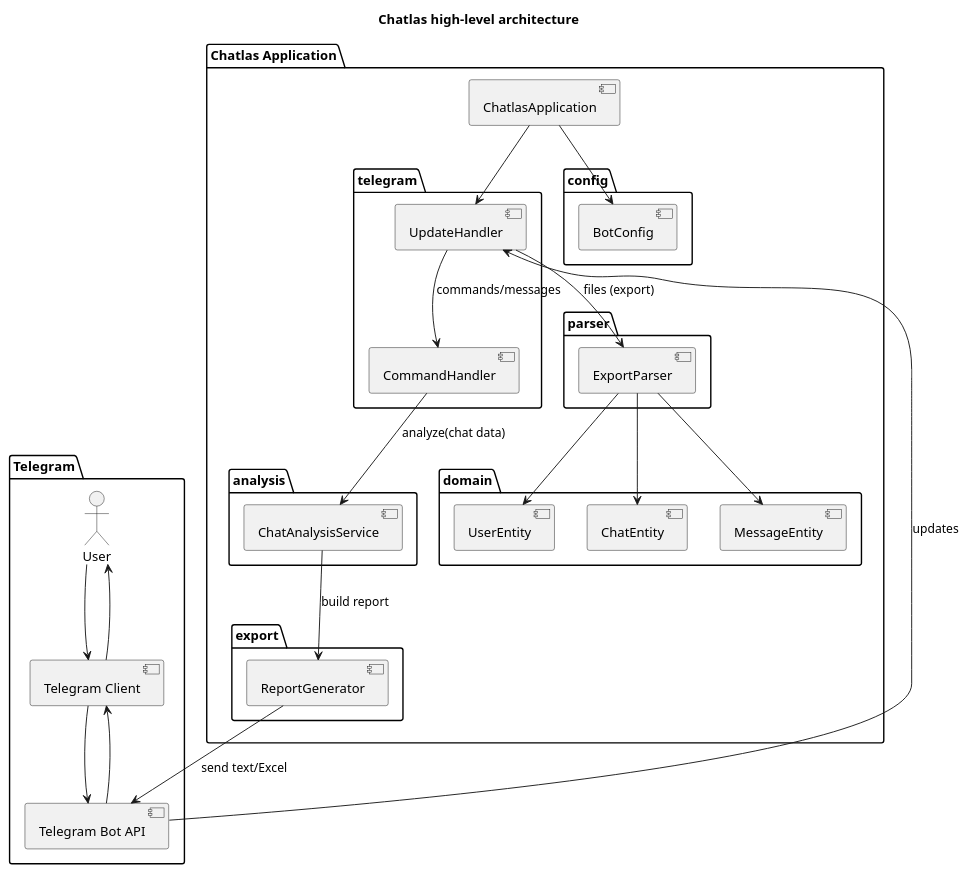
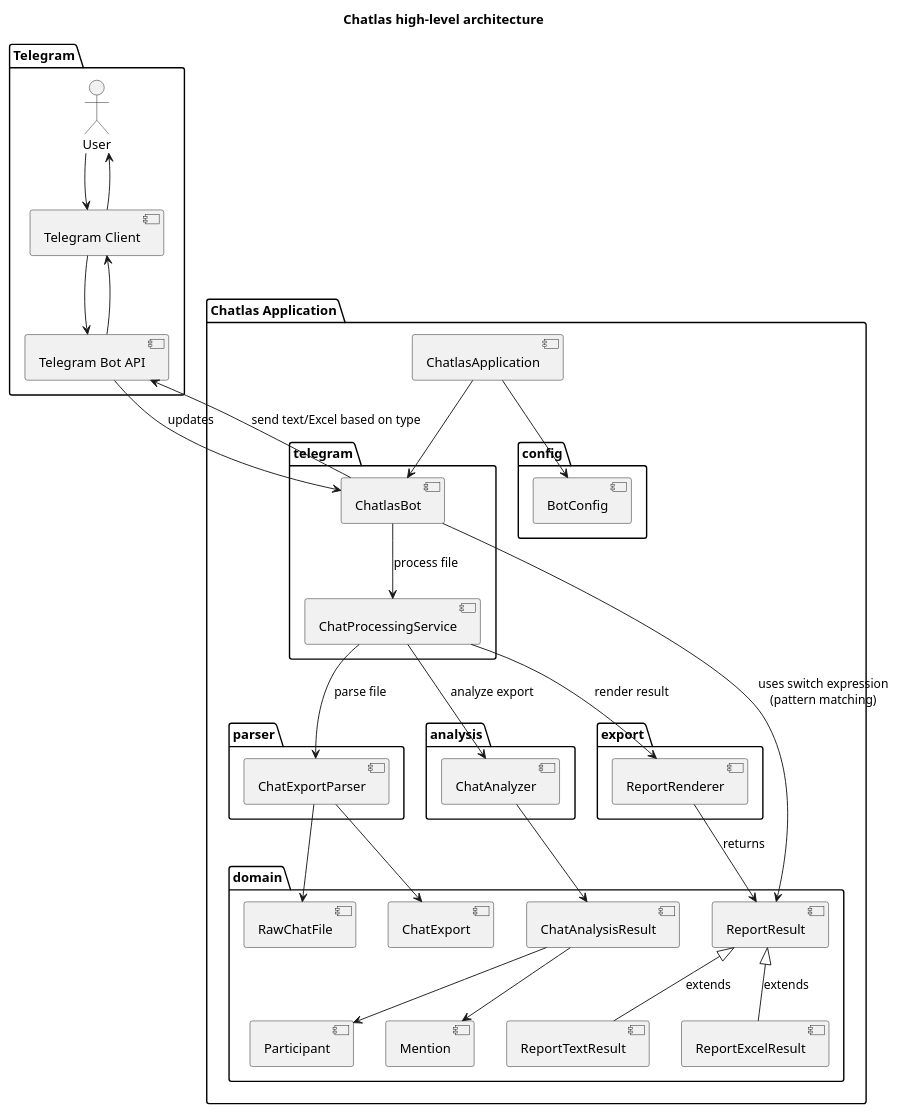
Before and after one commit to vspochernin/chatlas: the diagram in docs/diagrams/architecture.puml, drawn with PlantUML. The commit also changed 30 other files, not shown here.

```diff
--- a/docs/diagrams/architecture.puml
+++ b/docs/diagrams/architecture.puml
@@ -1,62 +1,73 @@
 @startuml chatlas_architecture
 title Chatlas high-level architecture
 
 package "Telegram" {
   actor "User" as User
   [Telegram Client] as TgClient
   [Telegram Bot API] as TgAPI
 }
 
 package "Chatlas Application" {
   [ChatlasApplication] as App
 
   package "telegram" {
-    [UpdateHandler] as UpdateHandler
-    [CommandHandler] as CommandHandler
+    [ChatlasBot] as Bot
+    [ChatProcessingService] as ProcessingService
   }
 
   package "parser" {
-    [ExportParser] as ExportParser
+    [ChatExportParser] as Parser
   }
 
   package "analysis" {
-    [ChatAnalysisService] as Analysis
+    [ChatAnalyzer] as Analyzer
   }
 
   package "export" {
-    [ReportGenerator] as ReportGen
+    [ReportRenderer] as Renderer
   }
 
   package "domain" {
-    [UserEntity] as UserEntity
-    [ChatEntity] as ChatEntity
-    [MessageEntity] as MessageEntity
+    [RawChatFile] as RawFile
+    [ChatExport] as ChatExport
+    [Participant] as Participant
+    [Mention] as Mention
+    [ChatAnalysisResult] as AnalysisResult
+    [ReportResult] as ReportResult
+    [ReportTextResult] as ReportTextResult
+    [ReportExcelResult] as ReportExcelResult
   }
 
   package "config" {
     [BotConfig] as BotConfig
   }
 }
 
 User --> TgClient
 TgClient --> TgAPI
-TgAPI --> UpdateHandler : updates
+TgAPI --> Bot : updates
 
 App --> BotConfig
-App --> UpdateHandler
+App --> Bot
 
-UpdateHandler --> CommandHandler : commands/messages
-UpdateHandler --> ExportParser : files (export)
+Bot --> ProcessingService : process file
 
-ExportParser --> MessageEntity
-ExportParser --> UserEntity
-ExportParser --> ChatEntity
+ProcessingService --> Parser : parse file
+Parser --> ChatExport
+Parser --> RawFile
 
-CommandHandler --> Analysis : analyze(chat data)
-Analysis --> ReportGen : build report
+ProcessingService --> Analyzer : analyze export
+Analyzer --> AnalysisResult
+AnalysisResult --> Participant
+AnalysisResult --> Mention
 
-ReportGen --> TgAPI : send text/Excel
+ProcessingService --> Renderer : render result
+Renderer --> ReportResult : returns
+ReportResult <|-- ReportTextResult : extends
+ReportResult <|-- ReportExcelResult : extends
+Bot --> ReportResult : uses switch expression\n(pattern matching)
+Bot --> TgAPI : send text/Excel based on type
 TgAPI --> TgClient
 TgClient --> User
 
 @enduml
```
